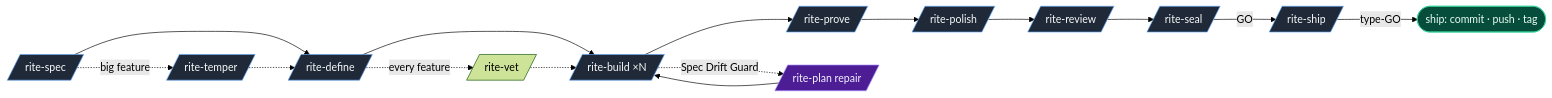
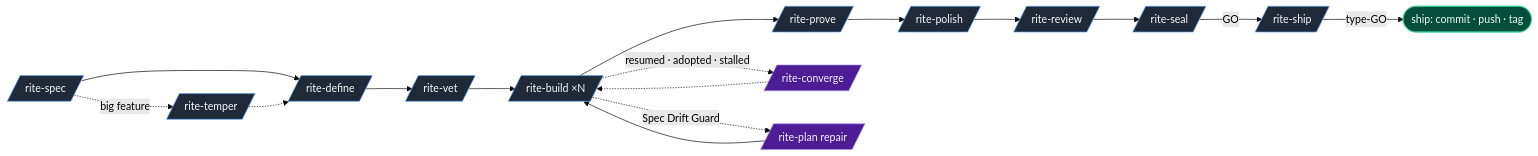
One commit to ViktorsBaikers/DevRites changed the diagram in README.md. Above: the diagram before and after it, drawn with Mermaid (forest theme). The commit also changed other lines of this file and 34 other files, not shown here.

````diff
--- a/README.md
+++ b/README.md
@@ -96,17 +96,17 @@
 ```mermaid
 flowchart LR
-    S[/rite-spec/] --> D[/rite-define/] --> B[/rite-build ×N/] --> P[/rite-prove/] --> Po[/rite-polish/] --> R[/rite-review/] --> Sl[/rite-seal/]
+    S[/rite-spec/] --> D[/rite-define/] --> V[/rite-vet/] --> B[/rite-build ×N/] --> P[/rite-prove/] --> Po[/rite-polish/] --> R[/rite-review/] --> Sl[/rite-seal/]
     S -.->|big feature| T[/rite-temper/] -.-> D
-    D -.->|every feature| V[/rite-vet/] -.-> B
     Sl -->|GO| Sh[/rite-ship/]
     Sh -->|type-GO| Ship([ship: commit · push · tag])
+    B -.->|resumed · adopted · stalled| C[/rite-converge/] -.-> B
     B -.->|Spec Drift Guard| Re[/rite-plan repair/]
     Re --> B
 
     classDef phase fill:#1f2937,stroke:#60a5fa,color:#f9fafb
     classDef ship fill:#064e3b,stroke:#34d399,color:#ecfdf5
     classDef repair fill:#4c1d95,stroke:#a78bfa,color:#f5f3ff
-    class S,D,B,P,Po,R,Sl,Sh,T phase
+    class S,D,V,B,P,Po,R,Sl,Sh,T phase
     class Ship ship
-    class Re repair
+    class C,Re repair
 ```
````
